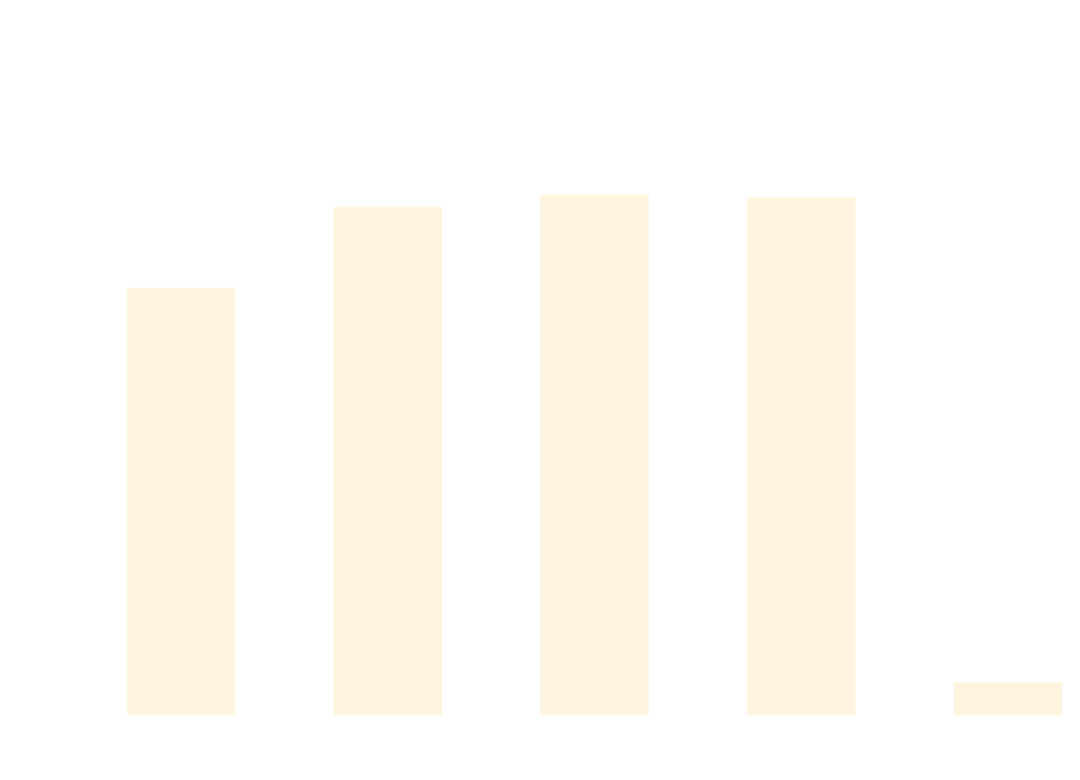
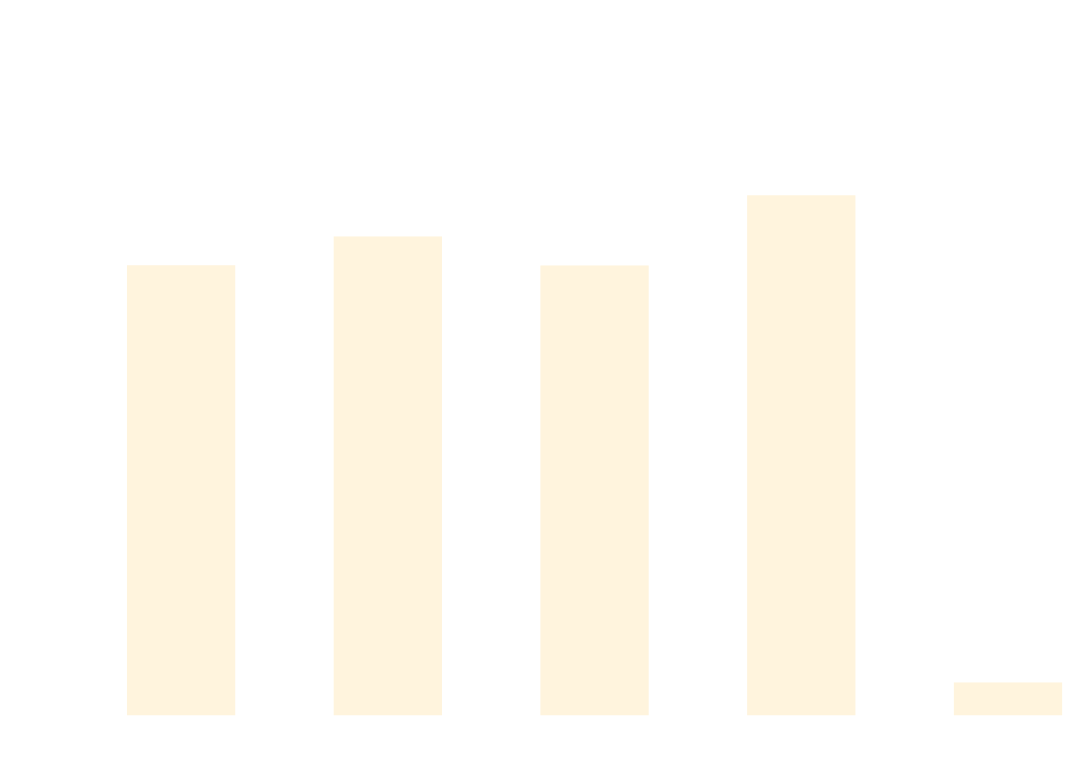
The diagram in docs/docs/benchmarks/DataDrivenTests.md (thomhurst/TUnit), drawn with Mermaid before and after one commit. The commit also changed other lines of this file and 17 other files, not shown here.

````diff
--- a/docs/docs/benchmarks/DataDrivenTests.md
+++ b/docs/docs/benchmarks/DataDrivenTests.md
@@ -27,37 +27,37 @@
 ```mermaid
 %%{init: {
   'theme':'base',
   'themeVariables': {
     'primaryColor': '#2563eb',
     'primaryTextColor': '#ffffff',
     'primaryBorderColor': '#1e40af',
     'lineColor': '#6b7280',
     'secondaryColor': '#7c3aed',
     'tertiaryColor': '#dc2626',
     'background': '#ffffff',
     'mainBkg': '#2563eb',
     'secondBkg': '#7c3aed',
     'tertiaryBkg': '#dc2626',
     'clusterBkg': '#f3f4f6',
     'edgeLabelBackground': '#ffffff',
     'tertiaryTextColor': '#1f2937',
     'pie1': '#2563eb',
     'pie2': '#7c3aed',
     'pie3': '#dc2626',
     'pie4': '#f59e0b',
     'pie5': '#10b981',
     'pie6': '#06b6d4',
     'pie7': '#ec4899',
     'pie8': '#6366f1',
     'pie9': '#84cc16',
     'pie10': '#f97316',
     'pie11': '#14b8a6',
     'pie12': '#a855f7'
   }
 }}%%
 xychart-beta
   title "DataDrivenTests Performance Comparison"
   x-axis ["TUnit", "NUnit", "MSTest", "xUnit3", "TUnit_AOT"]
-  y-axis "Time (ms)" 0 --> 741
-  bar [504.85, 602.92, 617.4, 614.39, 25.6]
+  y-axis "Time (ms)" 0 --> 688
+  bar [493.89, 526.36, 493.66, 572.74, 23.74]
 ```
````
